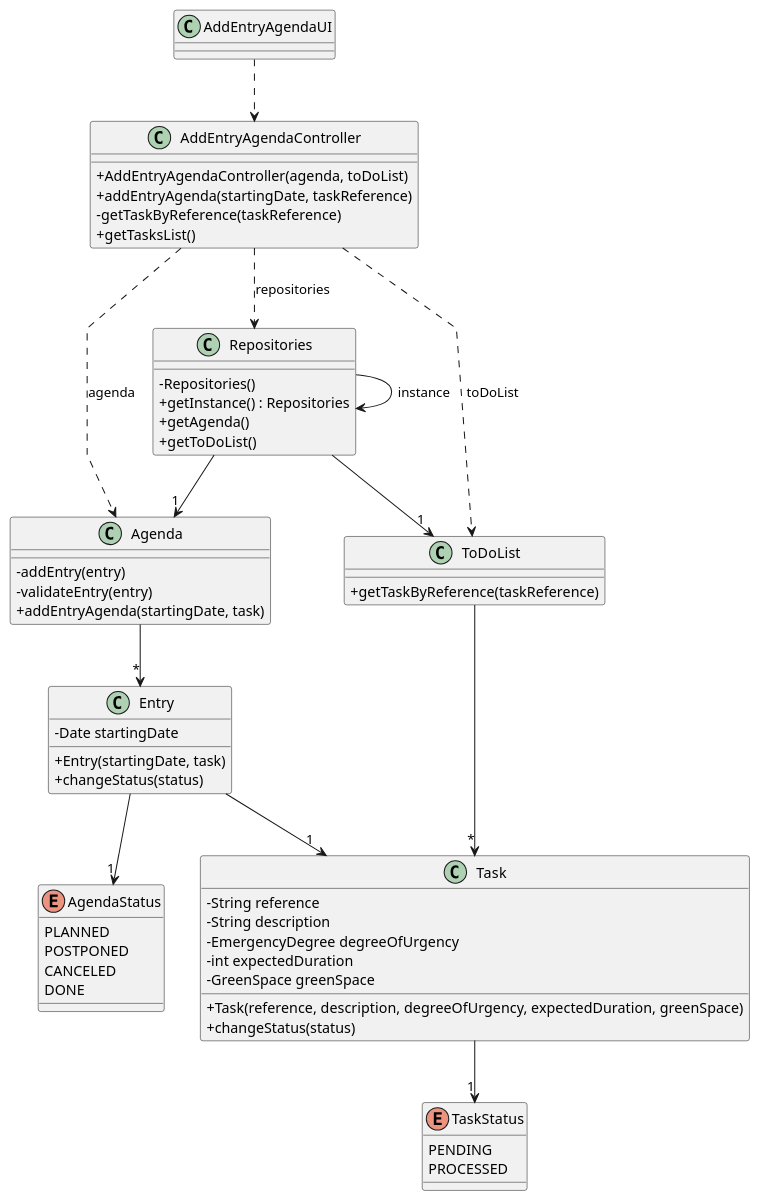
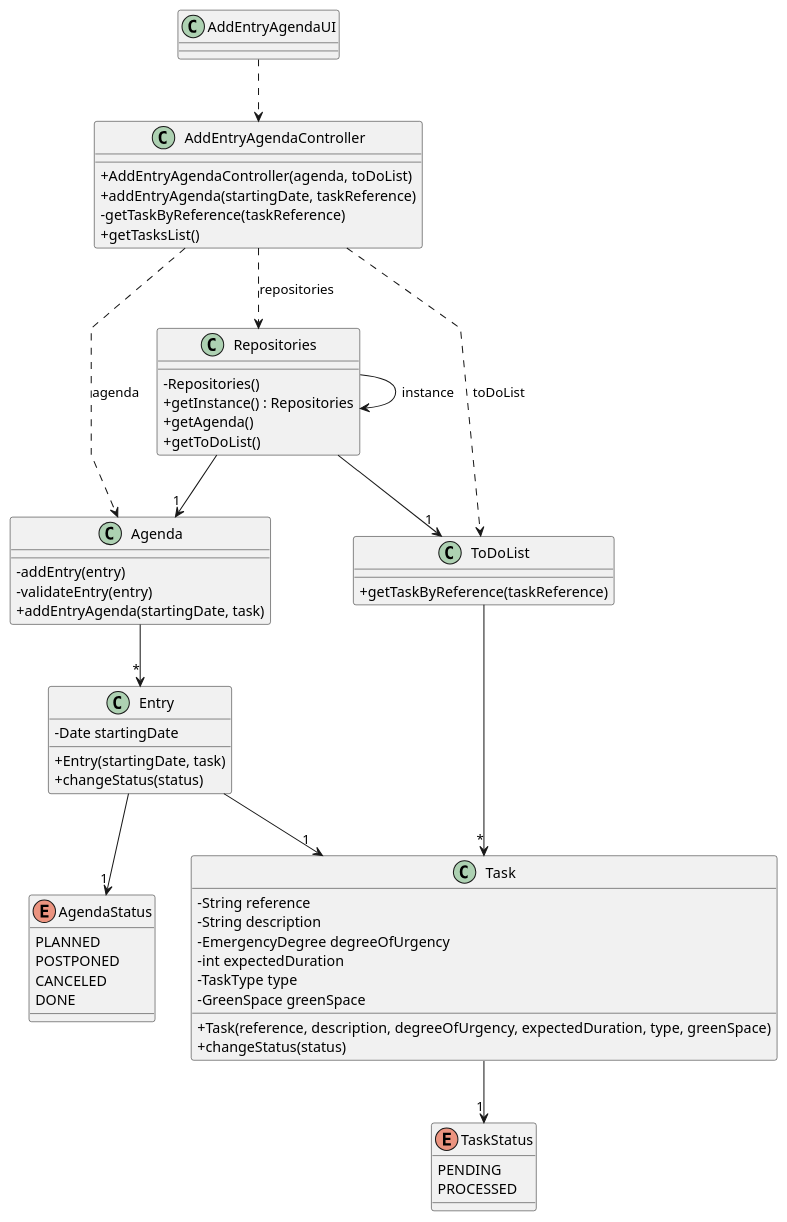
Before and after one commit to daniel41silva05/ISEP_2023_2024_LAPR2: the diagram in docs/sprintA&B&C/us022/03.design/puml/us022-class-diagram.puml, drawn with PlantUML. The commit also changed 11 other files, not shown here.

Commit message:
US26 - Class Diagram and Domain Model #12

```diff
--- a/docs/sprintA&B&C/us022/03.design/puml/us022-class-diagram.puml
+++ b/docs/sprintA&B&C/us022/03.design/puml/us022-class-diagram.puml
@@ -1,80 +1,81 @@
 @startuml
 'skinparam monochrome true
 skinparam packageStyle rectangle
 skinparam shadowing false
 skinparam linetype polyline
 'skinparam linetype orto
 
 skinparam classAttributeIconSize 0
 
 'left to right direction
 
 class AddEntryAgendaUI {
 }
 
 class AddEntryAgendaController {
     +AddEntryAgendaController(agenda, toDoList)
     +addEntryAgenda(startingDate, taskReference)
     -getTaskByReference(taskReference)
     +getTasksList()
 }
 
 class Agenda {
     -addEntry(entry)
     -validateEntry(entry)
     +addEntryAgenda(startingDate, task)
 }
 
 class Entry {
     -Date startingDate
     +Entry(startingDate, task)
     +changeStatus(status)
 }
 
 class ToDoList {
     +getTaskByReference(taskReference)
 }
 
 class Task {
     -String reference
     -String description
     -EmergencyDegree degreeOfUrgency
     -int expectedDuration
+    -TaskType type
     -GreenSpace greenSpace
-    +Task(reference, description, degreeOfUrgency, expectedDuration, greenSpace)
+    +Task(reference, description, degreeOfUrgency, expectedDuration, type, greenSpace)
     +changeStatus(status)
 }
 
 class Repositories {
     - Repositories()
     + getInstance() : Repositories
     + getAgenda()
     + getToDoList()
 }
 
 enum AgendaStatus {
     PLANNED
     POSTPONED
     CANCELED
     DONE
 }
 
 enum TaskStatus {
     PENDING
     PROCESSED
 }
 
 AddEntryAgendaUI ..> AddEntryAgendaController
 AddEntryAgendaController ..> Repositories: repositories
 AddEntryAgendaController ..> Agenda: agenda
 AddEntryAgendaController ..> ToDoList: toDoList
 Repositories --> Repositories: instance
 Repositories --> "1" Agenda
 Repositories --> "1" ToDoList
 Agenda --> "*" Entry
 ToDoList --> "*" Task
 Entry --> "1" Task
 Entry --> "1" AgendaStatus
 Task --> "1" TaskStatus
 
 @enduml
```
